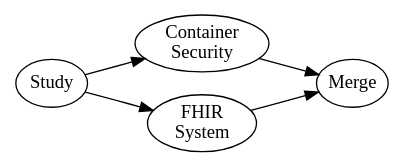
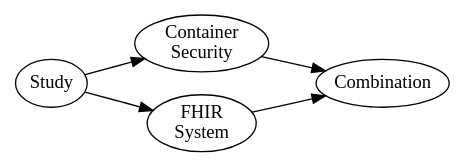
The diagram in report/apply/methFlow.dot (25077667/Container_Security), drawn with Graphviz before and after one commit. The commit also changed 3 other files, not shown here.

```diff
--- a/report/apply/methFlow.dot
+++ b/report/apply/methFlow.dot
@@ -1,10 +1,10 @@
 digraph methFlow {
 Study[margin="0"]
-Merge[margin="0"]
+Combination[margin="0"]
 "Container\n Security"[margin="0"]
 "FHIR\nSystem "[margin="0"]
 
-Study -> "Container\n Security"-> Merge
-Study -> "FHIR\nSystem " -> Merge
+Study -> "Container\n Security"-> Combination
+Study -> "FHIR\nSystem " -> Combination
 rankdir=LR
 }
```
